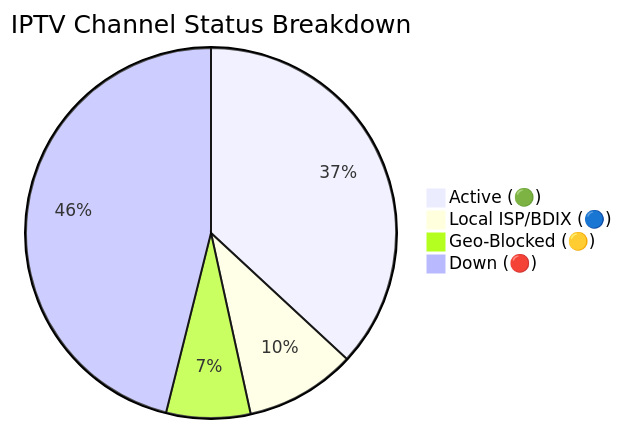
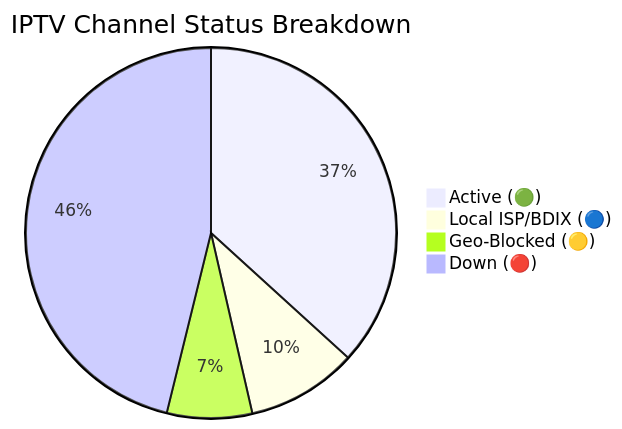
One commit to Zaman-Topu/Ip-tv-Collection changed the diagram in README.md. Above: the diagram before and after it, drawn with Mermaid. The commit also changed other lines of this file and 1 other file, not shown here.

Commit message:
docs(readme): auto-update daily channel status chart

````diff
--- a/README.md
+++ b/README.md
@@ -59,7 +59,7 @@
 ```mermaid
 pie title IPTV Channel Status Breakdown
-    "Active (🟢)" : 2930
+    "Active (🟢)" : 2918
     "Local ISP/BDIX (🔵)" : 767
-    "Geo-Blocked (🟡)" : 583
-    "Down (🔴)" : 3660
+    "Geo-Blocked (🟡)" : 590
+    "Down (🔴)" : 3665
 ```
````
